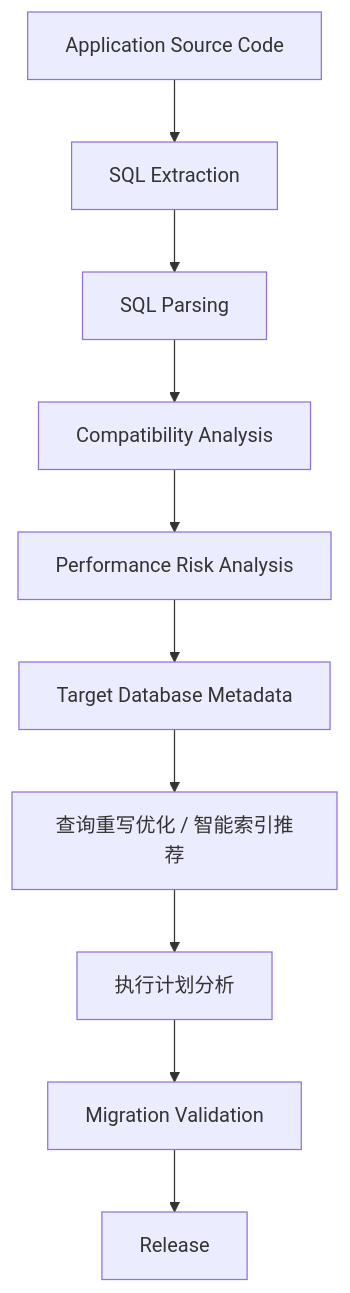
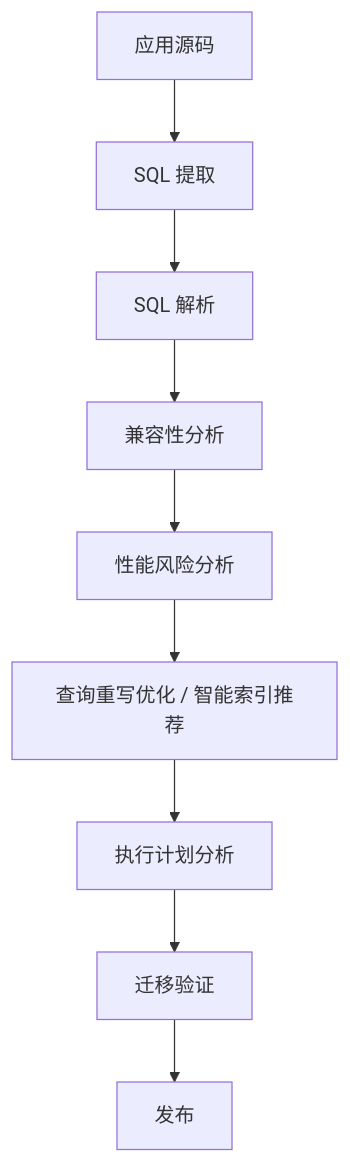
The first of 3 diagrams in docs/use-cases/database-migration-sql-governance.mdx (PawSQL/pawsql-docs-mantlify), drawn with Mermaid before and after one commit. The commit also changed other lines of this file and 82 other files, not shown here.

````diff
--- a/docs/use-cases/database-migration-sql-governance.mdx
+++ b/docs/use-cases/database-migration-sql-governance.mdx
@@ -264,6 +45,7 @@
 ```mermaid
 flowchart TD
-    A[Application Source Code] --> B[SQL Extraction] --> C[SQL Parsing] --> D[Compatibility Analysis]
-    D --> E[Performance Risk Analysis] --> F[Target Database Metadata] --> G["查询重写优化 / 智能索引推荐"]
-    G --> H[执行计划分析] --> I[Migration Validation] --> J[Release]
+    A[应用源码] --> B[SQL 提取] --> C[SQL 解析]
+    C --> D[兼容性分析] --> E[性能风险分析]
+    E --> F["查询重写优化 / 智能索引推荐"]
+    F --> G[执行计划分析] --> H[迁移验证] --> I[发布]
 ```
````
